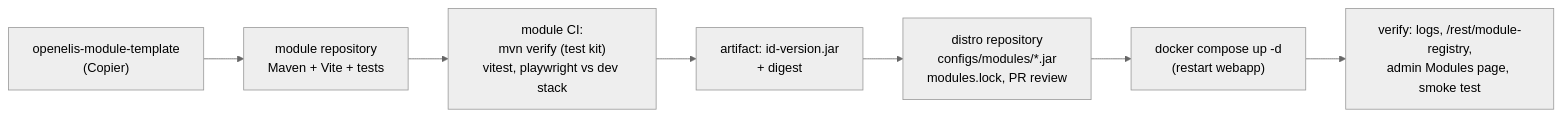
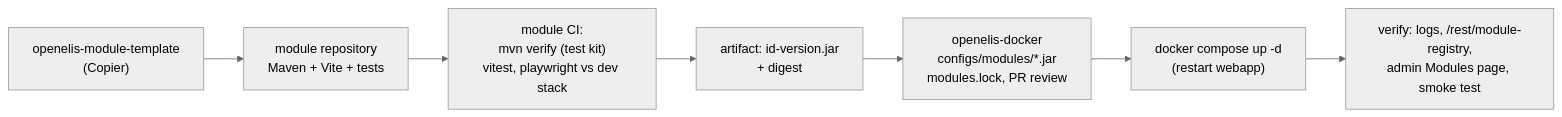
The seventh of 8 diagrams in specs/plans/module-system-architecture.md (Agaba-derrick/OpenELIS-Global-2), drawn with Mermaid (neutral theme) before and after one commit. The commit also changed other lines of this file, not shown here.

First line of the commit message:
docs(architecture): openelis-docker is the deployment target of the module system (OGC-1577) (#4878)

````diff
--- a/specs/plans/module-system-architecture.md
+++ b/specs/plans/module-system-architecture.md
@@ -1039,9 +1039,9 @@
 ```mermaid
 flowchart LR
   T["openelis-module-template<br/>(Copier)"] --> R["module repository<br/>Maven + Vite + tests"]
   R --> CI["module CI:<br/>mvn verify (test kit)<br/>vitest, playwright vs dev stack"]
   CI --> A["artifact: id-version.jar<br/>+ digest"]
-  A --> D["distro repository<br/>configs/modules/*.jar<br/>modules.lock, PR review"]
+  A --> D["openelis-docker<br/>configs/modules/*.jar<br/>modules.lock, PR review"]
   D --> O["docker compose up -d<br/>(restart webapp)"]
   O --> V["verify: logs, /rest/module-registry,<br/>admin Modules page, smoke test"]
 ```
````
